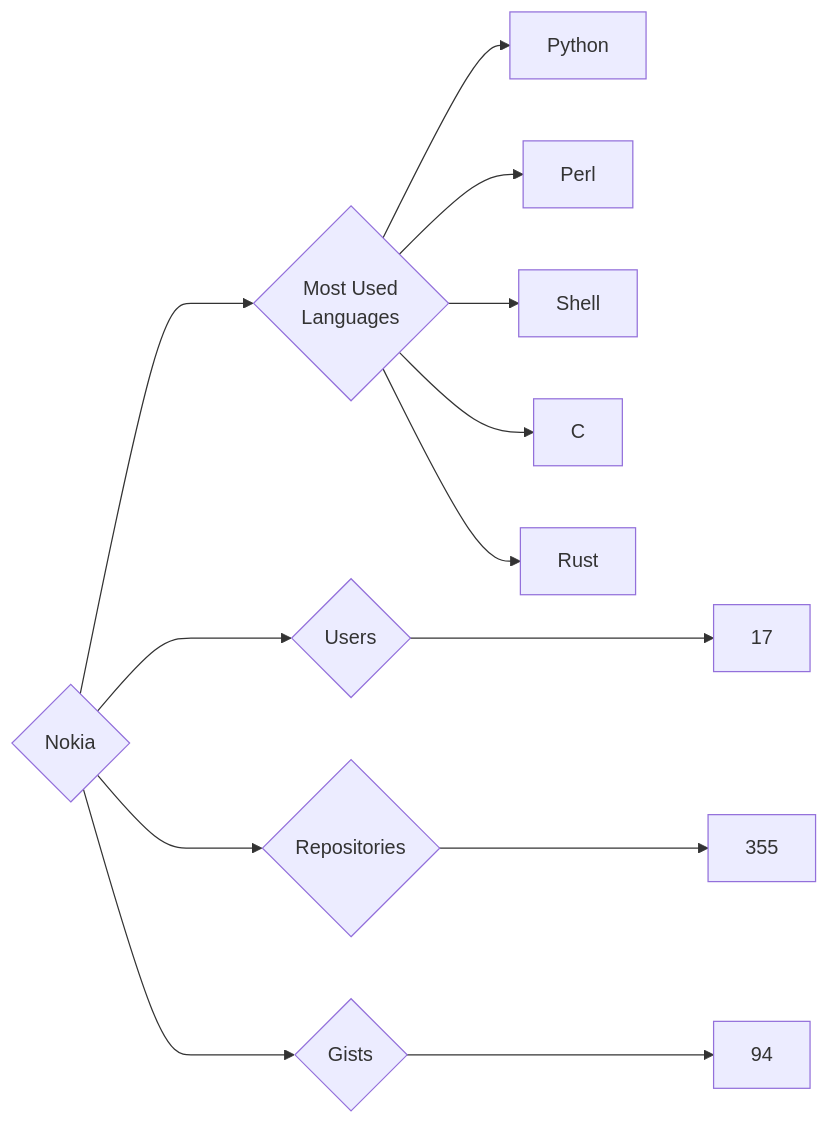
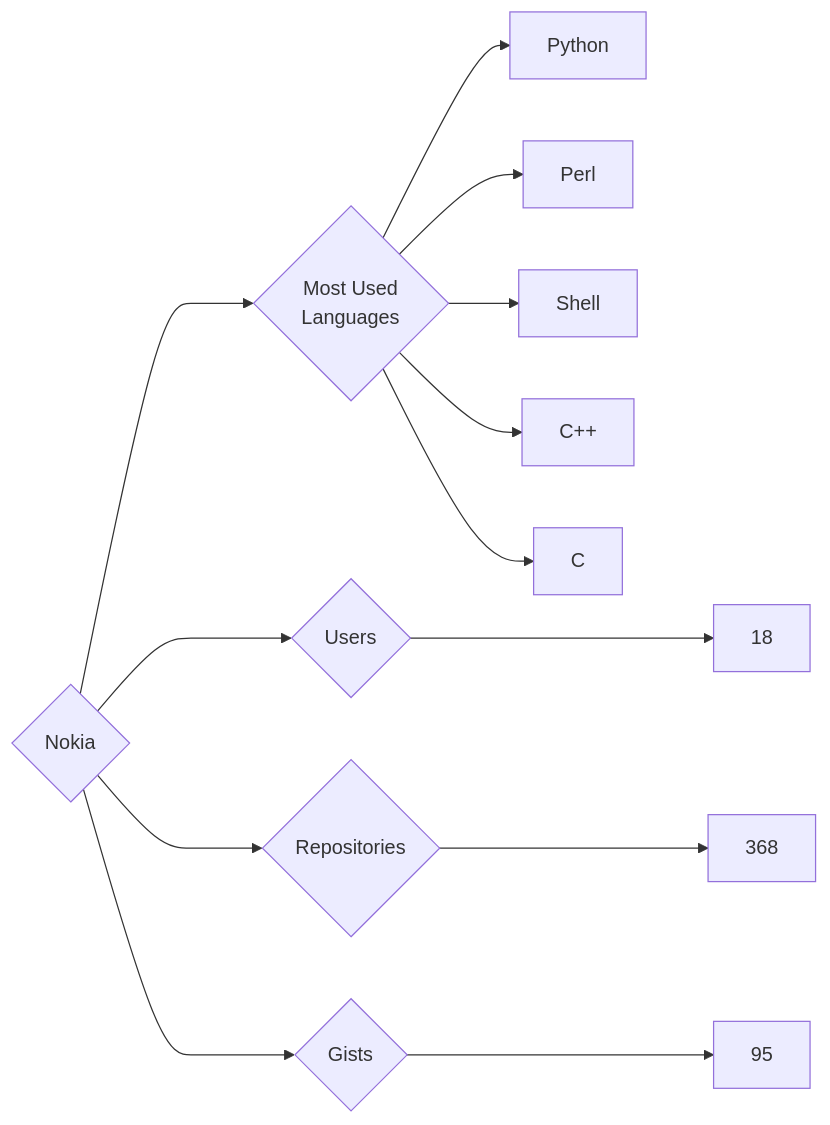
The diagram in targets/Nokia/README.md (trickest/insiders), drawn with Mermaid before and after one commit. The commit also changed 806 other files, not shown here.

````diff
--- a/targets/Nokia/README.md
+++ b/targets/Nokia/README.md
@@ -3,13 +3,13 @@
 ```mermaid
 graph LR
 COMPANY_NAME{Nokia}
-COMPANY_NAME ---> U{Users} ---> UN[17]
-COMPANY_NAME ---> R{Repositories} ---> RN[355]
-COMPANY_NAME ---> G{Gists} ---> GN[94]
+COMPANY_NAME ---> U{Users} ---> UN[18]
+COMPANY_NAME ---> R{Repositories} ---> RN[368]
+COMPANY_NAME ---> G{Gists} ---> GN[95]
 COMPANY_NAME ---> ML{Most Used<br>Languages}
 ML --> Python[Python]
 ML --> Perl[Perl]
 ML --> Shell[Shell]
+ML --> C++[C++]
 ML --> C[C]
-ML --> Rust[Rust]
 ```
````
